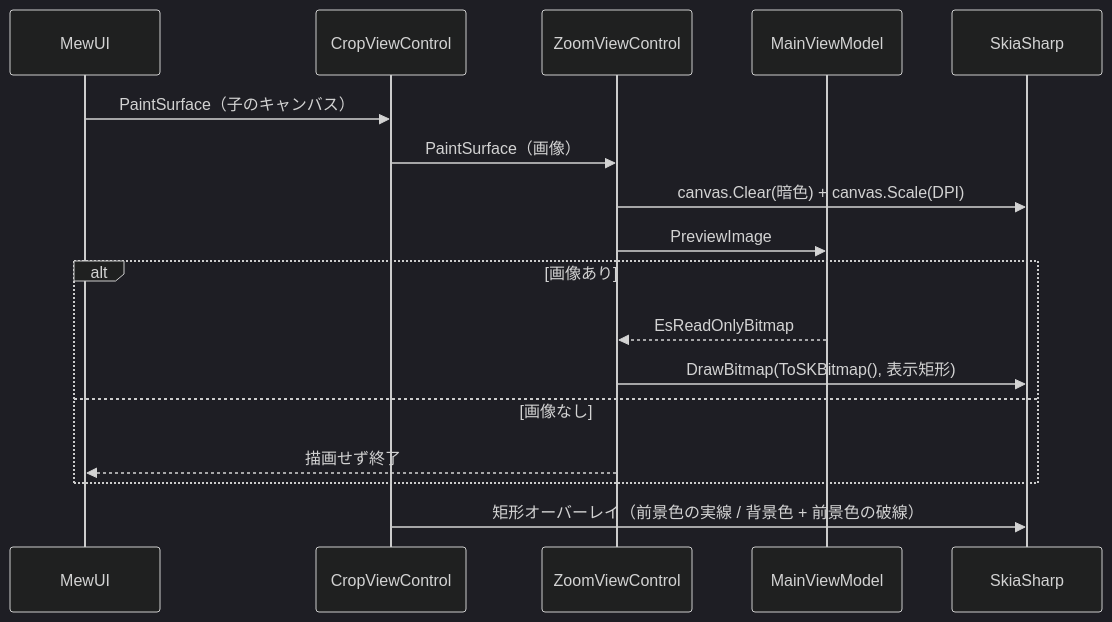
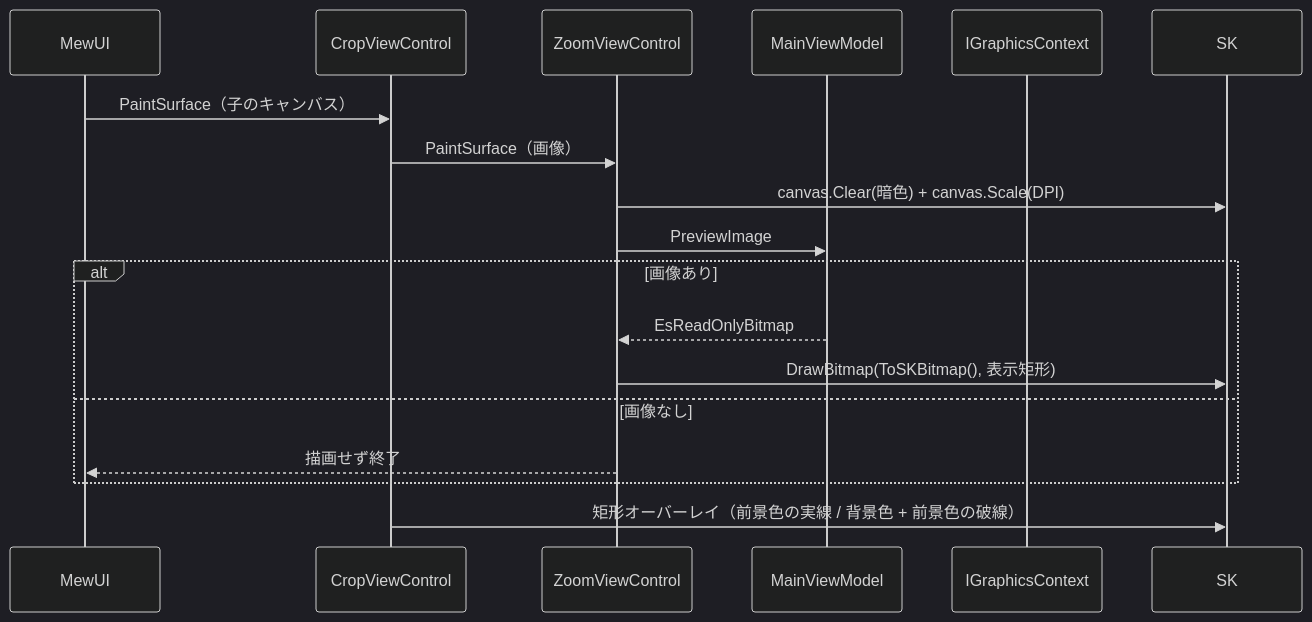
One commit to tomokuni/SaveEvidence changed diagram 11 of 12 in src/App.MewUI/docs/SPEC_System.md. Above: the diagram before and after it, drawn with Mermaid (dark theme). The commit also changed other lines of this file and 56 other files, not shown here.

First line of the commit message:
MewUI 版から SkiaSharp を外し、Platform.Skia を削除する

````diff
--- a/src/App.MewUI/docs/SPEC_System.md
+++ b/src/App.MewUI/docs/SPEC_System.md
@@ -568,20 +568,20 @@
 ```mermaid
 sequenceDiagram
     participant MW as MewUI
     participant CV as CropViewControl
     participant ZV as ZoomViewControl
     participant VM as MainViewModel
-    participant SK as SkiaSharp
+    participant GF as IGraphicsContext
 
     MW->>CV: PaintSurface（子のキャンバス）
     CV->>ZV: PaintSurface（画像）
     ZV->>SK: canvas.Clear(暗色) + canvas.Scale(DPI)
     ZV->>VM: PreviewImage
     alt 画像あり
         VM-->>ZV: EsReadOnlyBitmap
         ZV->>SK: DrawBitmap(ToSKBitmap(), 表示矩形)
     else 画像なし
         ZV-->>MW: 描画せず終了
     end
     CV->>SK: 矩形オーバーレイ（前景色の実線 / 背景色 + 前景色の破線）
 ```
````
